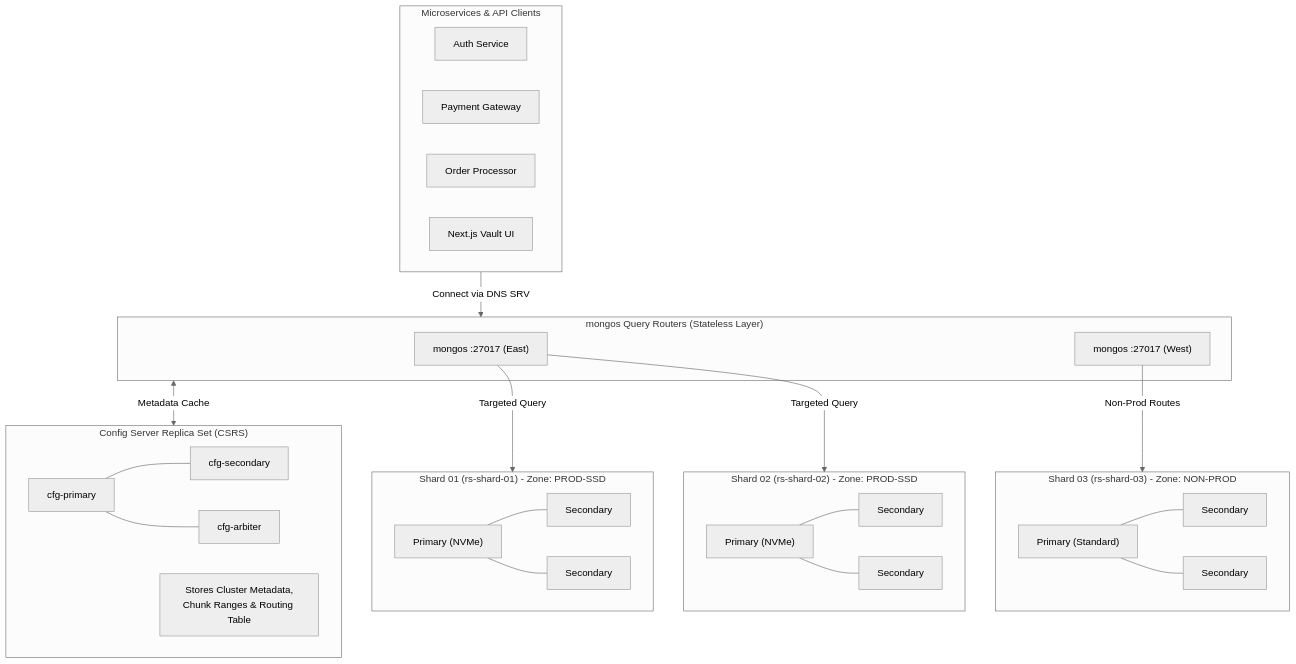
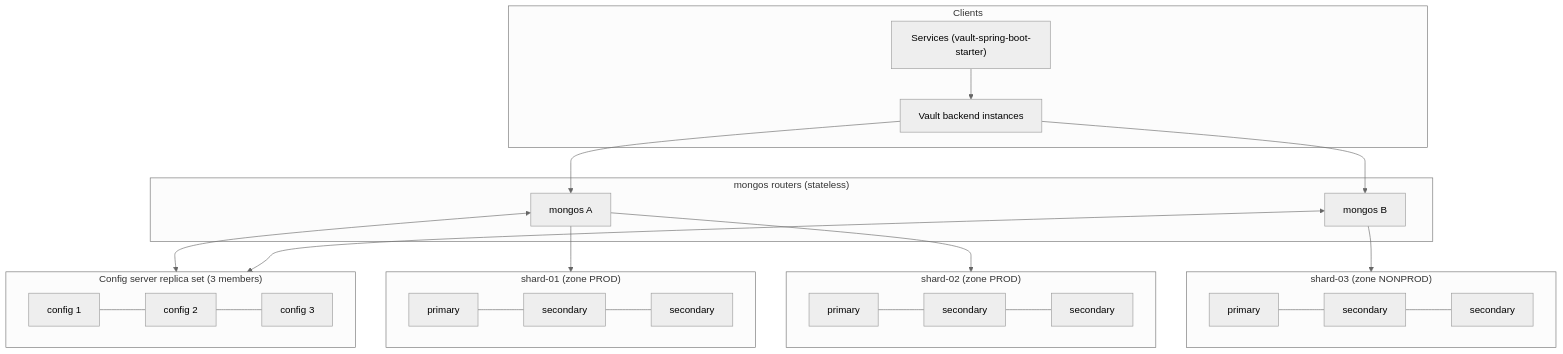
Before and after one commit to FrosterHex/zero-config-vault: the diagram in SHARDING.md, drawn with Mermaid (neutral theme). The commit also changed other lines of this file and 3 other files, not shown here.

````diff
--- a/SHARDING.md
+++ b/SHARDING.md
@@ -18,41 +13,35 @@
 ```mermaid
 flowchart TD
-    subgraph Clients["Microservices & API Clients"]
-        MS1["Auth Service"]
-        MS2["Payment Gateway"]
-        MS3["Order Processor"]
-        FE["Next.js Vault UI"]
+    subgraph Clients
+        MS["Services (vault-spring-boot-starter)"]
+        BE["Vault backend instances"]
     end
 
-    subgraph Routers["mongos Query Routers (Stateless Layer)"]
-        S1["mongos :27017 (East)"]
-        S2["mongos :27017 (West)"]
+    subgraph Routers["mongos routers (stateless)"]
+        R1["mongos A"]
+        R2["mongos B"]
     end
 
-    subgraph ConfigRS["Config Server Replica Set (CSRS)"]
-        CFG1["cfg-primary"] --- CFG2["cfg-secondary"]
-        CFG1 --- CFG3["cfg-arbiter"]
-        note["Stores Cluster Metadata,\nChunk Ranges & Routing Table"]
+    subgraph CSRS["Config server replica set (3 members)"]
+        C1["config 1"] --- C2["config 2"] --- C3["config 3"]
     end
 
-    subgraph Shard1["Shard 01 (rs-shard-01) - Zone: PROD-SSD"]
-        P1["Primary (NVMe)"] --- S1A["Secondary"]
-        P1 --- S1B["Secondary"]
+    subgraph S1["shard-01 (zone PROD)"]
+        P1["primary"] --- P1a["secondary"] --- P1b["secondary"]
+    end
+    subgraph S2["shard-02 (zone PROD)"]
+        P2["primary"] --- P2a["secondary"] --- P2b["secondary"]
+    end
+    subgraph S3["shard-03 (zone NONPROD)"]
+        P3["primary"] --- P3a["secondary"] --- P3b["secondary"]
     end
 
-    subgraph Shard2["Shard 02 (rs-shard-02) - Zone: PROD-SSD"]
-        P2["Primary (NVMe)"] --- S2A["Secondary"]
-        P2 --- S2B["Secondary"]
-    end
-
-    subgraph Shard3["Shard 03 (rs-shard-03) - Zone: NON-PROD"]
-        P3["Primary (Standard)"] --- S3A["Secondary"]
-        P3 --- S3B["Secondary"]
-    end
-
-    Clients -->|"Connect via DNS SRV"| Routers
-    Routers <-->|"Metadata Cache"| ConfigRS
-    S1 -->|"Targeted Query"| Shard1
-    S1 -->|"Targeted Query"| Shard2
-    S2 -->|"Non-Prod Routes"| Shard3
+    MS --> BE
+    BE --> R1
+    BE --> R2
+    R1 <--> CSRS
+    R2 <--> CSRS
+    R1 --> S1
+    R1 --> S2
+    R2 --> S3
 ```
````
